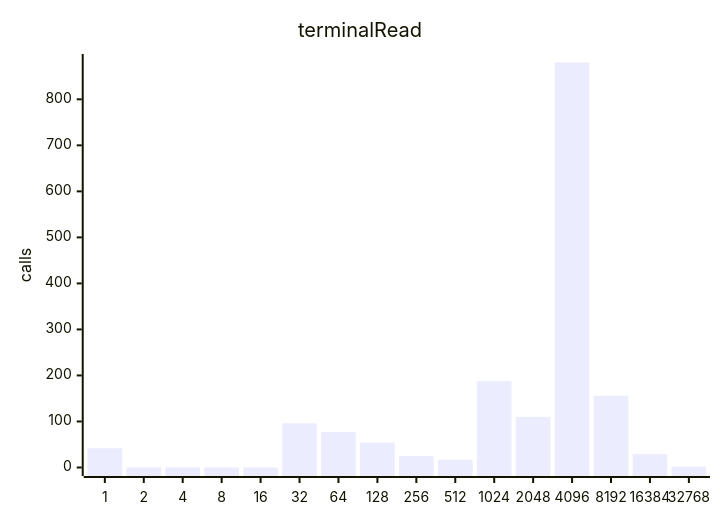
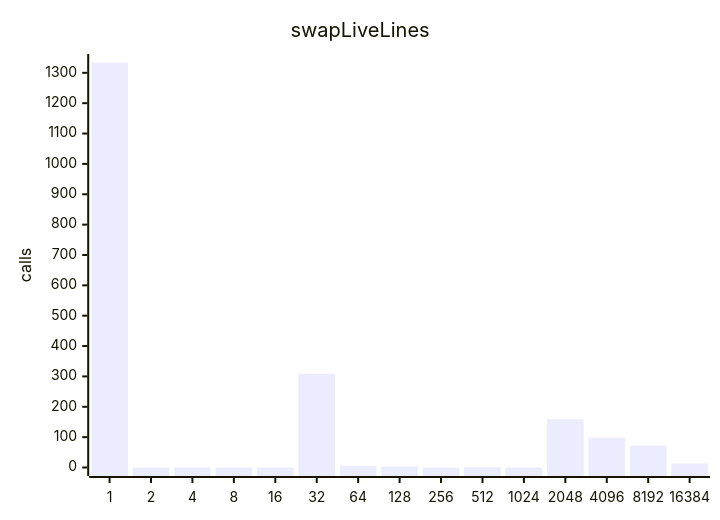
Before and after one commit to jrengmusic/eve: the sixth of 9 diagrams in benchmark/replay-report.md, drawn with Mermaid. The commit also changed other lines of this file and 28 other files, not shown here.

````diff
--- a/benchmark/replay-report.md
+++ b/benchmark/replay-report.md
@@ -1292,7 +1303,7 @@
 ```mermaid
 xychart-beta
-title "terminalRead"
-x-axis ["1", "2", "4", "8", "16", "32", "64", "128", "256", "512", "1024", "2048", "4096", "8192", "16384", "32768"]
+title "swapLiveLines"
+x-axis ["1", "2", "4", "8", "16", "32", "64", "128", "256", "512", "1024", "2048", "4096", "8192", "16384"]
 y-axis "calls"
-bar [42.00000000000000000, 0.00000000000000000, 0.00000000000000000, 0.00000000000000000, 0.00000000000000000, 96.00000000000000000, 77.00000000000000000, 54.00000000000000000, 25.00000000000000000, 17.00000000000000000, 188.00000000000000000, 110.00000000000000000, 880.00000000000000000, 156.00000000000000000, 29.00000000000000000, 2.00000000000000000]
+bar [1334.00000000000000000, 0.00000000000000000, 0.00000000000000000, 0.00000000000000000, 0.00000000000000000, 309.00000000000000000, 6.00000000000000000, 3.00000000000000000, 0.00000000000000000, 1.00000000000000000, 0.00000000000000000, 159.00000000000000000, 98.00000000000000000, 72.00000000000000000, 13.00000000000000000]
 ```
````
